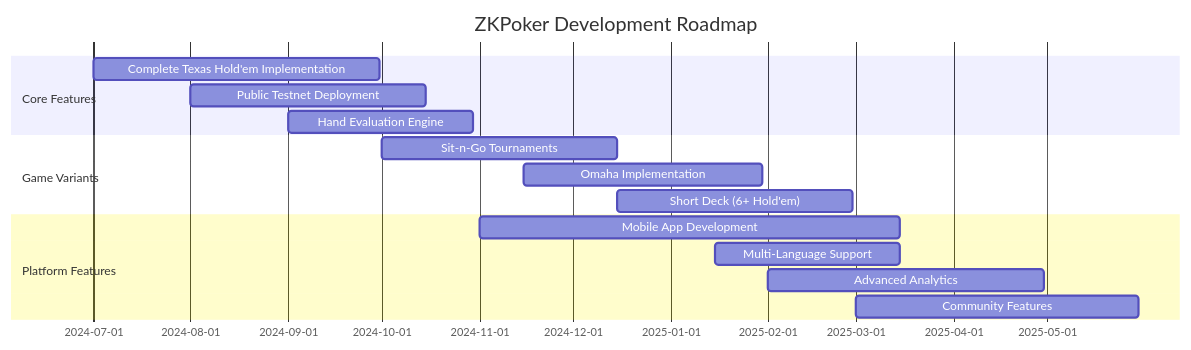
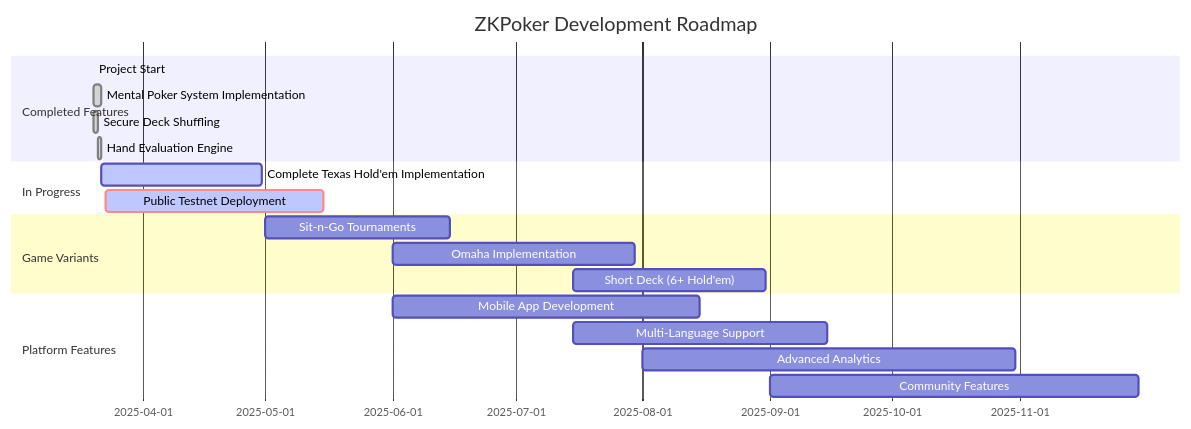
Before and after one commit to ottodevs/zkpoker: the fifth of 5 diagrams in README.md, drawn with Mermaid. The commit also changed other lines of this file and 4 other files, not shown here.

````diff
--- a/README.md
+++ b/README.md
@@ -517,20 +580,25 @@
 ```mermaid
 gantt
     title ZKPoker Development Roadmap
     dateFormat  YYYY-MM-DD
-    section Core Features
-    Complete Texas Hold'em Implementation :2024-07-01, 2024-09-30
-    Public Testnet Deployment            :2024-08-01, 2024-10-15
-    Hand Evaluation Engine               :2024-09-01, 2024-10-30
+    section Completed Features
+    Project Start                         :done, 2025-03-20, 2025-03-20
+    Mental Poker System Implementation    :done, 2025-03-20, 2025-03-22
+    Secure Deck Shuffling                 :done, 2025-03-20, 2025-03-21
+    Hand Evaluation Engine                :done, 2025-03-21, 2025-03-22
+
+    section In Progress
+    Complete Texas Hold'em Implementation :active, 2025-03-22, 2025-04-30
+    Public Testnet Deployment            :crit, active, 2025-03-23, 2025-05-15
 
     section Game Variants
-    Sit-n-Go Tournaments                 :2024-10-01, 2024-12-15
-    Omaha Implementation                 :2024-11-15, 2025-01-30
-    Short Deck (6+ Hold'em)              :2024-12-15, 2025-02-28
+    Sit-n-Go Tournaments                 :2025-05-01, 2025-06-15
+    Omaha Implementation                 :2025-06-01, 2025-07-30
+    Short Deck (6+ Hold'em)              :2025-07-15, 2025-08-31
 
     section Platform Features
-    Mobile App Development               :2024-11-01, 2025-03-15
-    Multi-Language Support               :2025-01-15, 2025-03-15
-    Advanced Analytics                   :2025-02-01, 2025-04-30
-    Community Features                   :2025-03-01, 2025-05-30
+    Mobile App Development               :2025-06-01, 2025-08-15
+    Multi-Language Support               :2025-07-15, 2025-09-15
+    Advanced Analytics                   :2025-08-01, 2025-10-31
+    Community Features                   :2025-09-01, 2025-11-30
 ```
````
